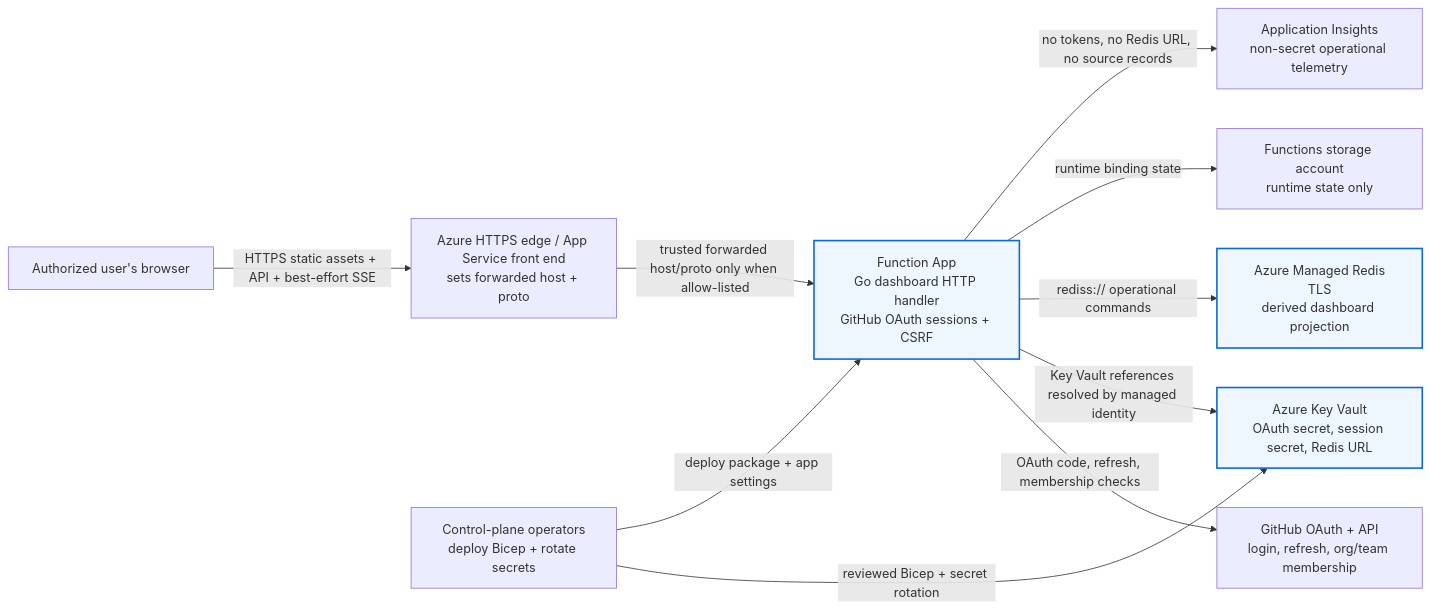
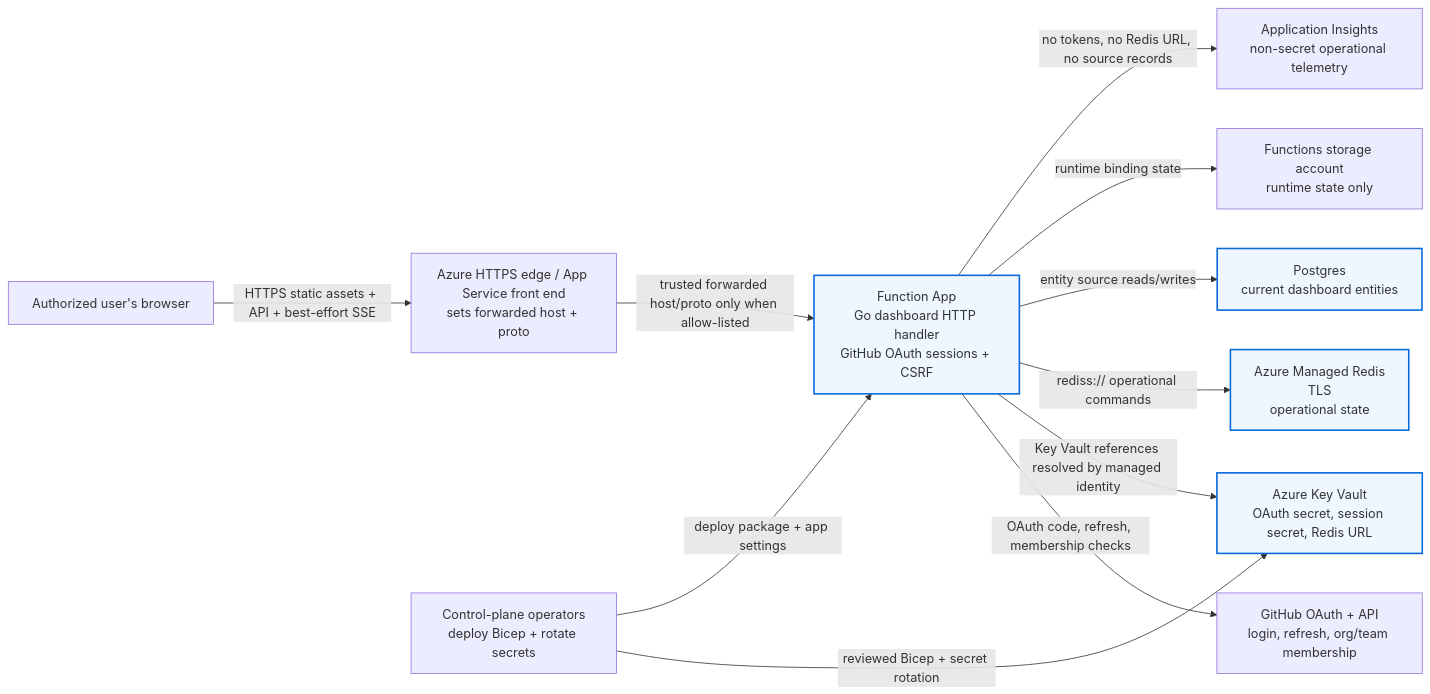
Before and after one commit to githubnext/gh-aw-cao: the second of 2 diagrams in server/README.md, drawn with Mermaid. The commit also changed other lines of this file and 4 other files, not shown here.

````diff
--- a/server/README.md
+++ b/server/README.md
@@ -500,25 +500,27 @@
 ```mermaid
 flowchart LR
   Browser["Authorized user's browser"]
   Edge["Azure HTTPS edge / App Service front end<br/>sets forwarded host + proto"]
   Function["Function App<br/>Go dashboard HTTP handler<br/>GitHub OAuth sessions + CSRF"]
   GitHubOAuth["GitHub OAuth + API<br/>login, refresh, org/team membership"]
   KeyVault["Azure Key Vault<br/>OAuth secret, session secret, Redis URL"]
-  Redis["Azure Managed Redis<br/>TLS<br/>derived dashboard projection"]
+  Postgres["Postgres<br/>current dashboard entities"]
+  Redis["Azure Managed Redis<br/>TLS<br/>operational state"]
   Storage["Functions storage account<br/>runtime state only"]
   Insights["Application Insights<br/>non-secret operational telemetry"]
   Operators["Control-plane operators<br/>deploy Bicep + rotate secrets"]
 
   Browser -->|"HTTPS static assets + API + best-effort SSE"| Edge
   Edge -->|"trusted forwarded host/proto only when allow-listed"| Function
   Function -->|"OAuth code, refresh, membership checks"| GitHubOAuth
   Function -->|"Key Vault references resolved by managed identity"| KeyVault
   Function -->|"rediss:// operational commands"| Redis
+  Function -->|"entity source reads/writes"| Postgres
   Function -->|"runtime binding state"| Storage
   Function -->|"no tokens, no Redis URL, no source records"| Insights
   Operators -->|"reviewed Bicep + secret rotation"| KeyVault
   Operators -->|"deploy package + app settings"| Function
 
   classDef boundary fill:#eef6ff,stroke:#0969da,stroke-width:2px;
-  class Function,KeyVault,Redis boundary;
+  class Function,KeyVault,Postgres,Redis boundary;
 ```
````
